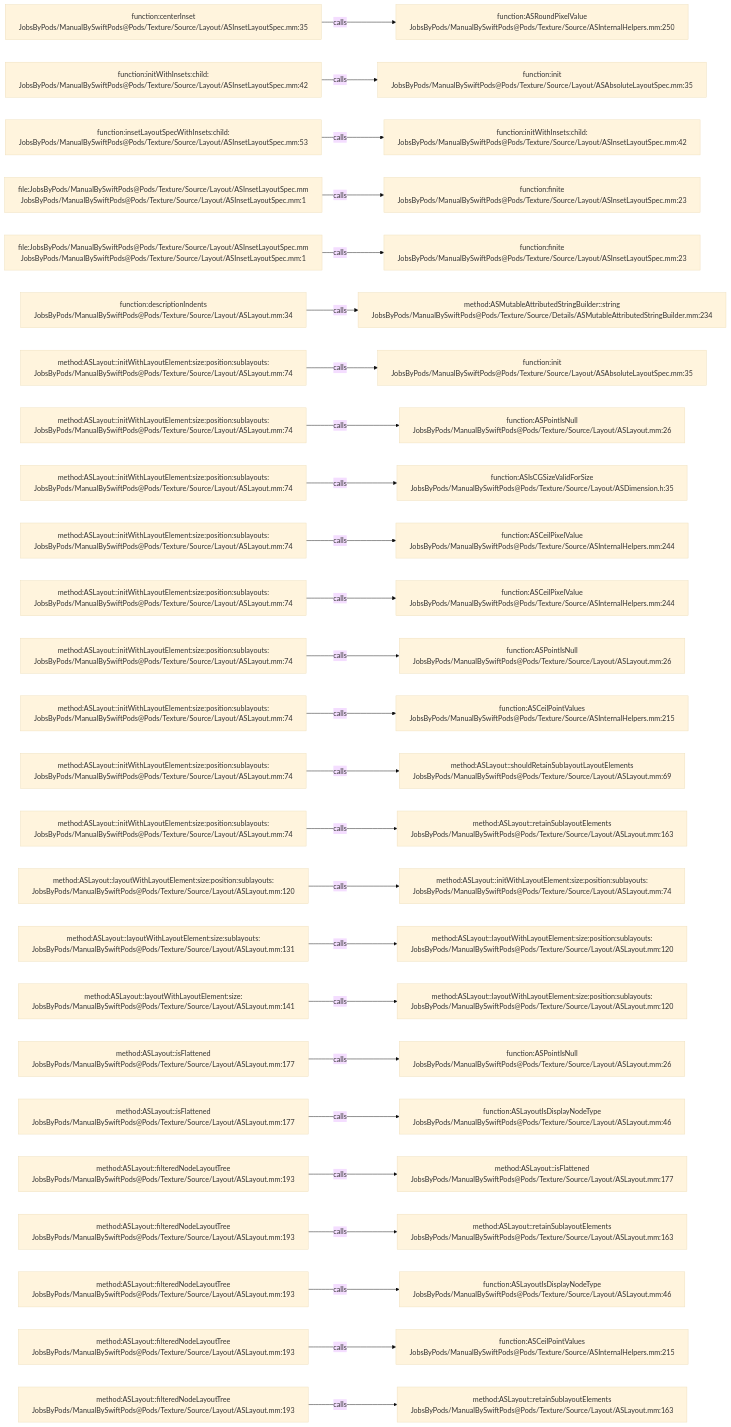
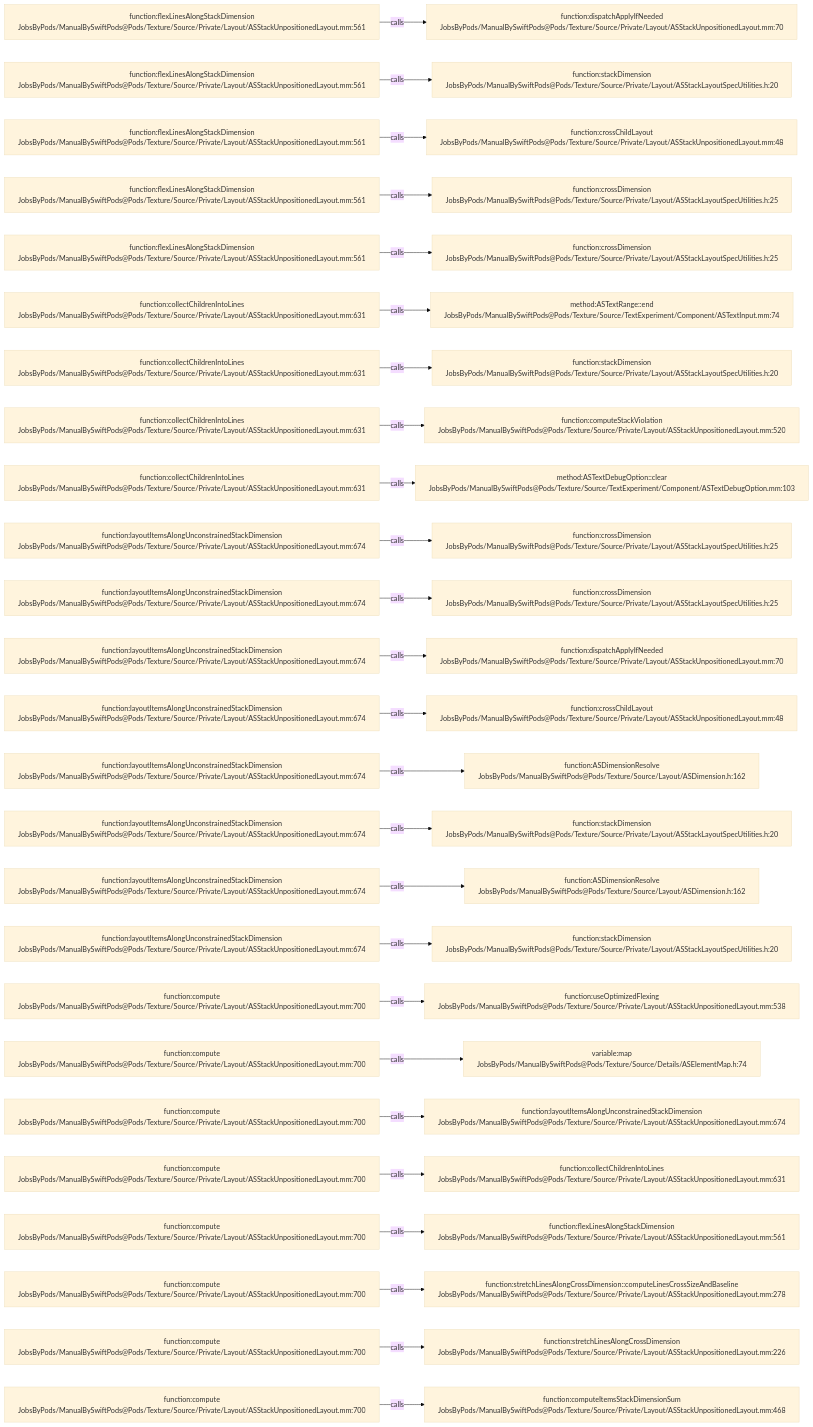
Before and after one commit to JobsKits/JobsSwiftBaseConfigDemo: the diagram in .codegraph/codegraph.md/graphs/calls-127.md, drawn with Mermaid (base theme). The commit also changed 832 other files, not shown here.

````diff
--- a/.codegraph/codegraph.md/graphs/calls-127.md
+++ b/.codegraph/codegraph.md/graphs/calls-127.md
@@ -13,78 +13,78 @@
 ```mermaid
 flowchart LR
-  S1["function:centerInset<br/>JobsByPods/ManualBySwiftPods@Pods/Texture/Source/Layout/ASInsetLayoutSpec.mm:35"]
-  T1["function:ASRoundPixelValue<br/>JobsByPods/ManualBySwiftPods@Pods/Texture/Source/ASInternalHelpers.mm:250"]
+  S1["function:flexLinesAlongStackDimension<br/>JobsByPods/ManualBySwiftPods@Pods/Texture/Source/Private/Layout/ASStackUnpositionedLayout.mm:561"]
+  T1["function:dispatchApplyIfNeeded<br/>JobsByPods/ManualBySwiftPods@Pods/Texture/Source/Private/Layout/ASStackUnpositionedLayout.mm:70"]
   S1 -->|calls| T1
-  S2["function:initWithInsets:child:<br/>JobsByPods/ManualBySwiftPods@Pods/Texture/Source/Layout/ASInsetLayoutSpec.mm:42"]
-  T2["function:init<br/>JobsByPods/ManualBySwiftPods@Pods/Texture/Source/Layout/ASAbsoluteLayoutSpec.mm:35"]
+  S2["function:flexLinesAlongStackDimension<br/>JobsByPods/ManualBySwiftPods@Pods/Texture/Source/Private/Layout/ASStackUnpositionedLayout.mm:561"]
+  T2["function:stackDimension<br/>JobsByPods/ManualBySwiftPods@Pods/Texture/Source/Private/Layout/ASStackLayoutSpecUtilities.h:20"]
   S2 -->|calls| T2
-  S3["function:insetLayoutSpecWithInsets:child:<br/>JobsByPods/ManualBySwiftPods@Pods/Texture/Source/Layout/ASInsetLayoutSpec.mm:53"]
-  T3["function:initWithInsets:child:<br/>JobsByPods/ManualBySwiftPods@Pods/Texture/Source/Layout/ASInsetLayoutSpec.mm:42"]
+  S3["function:flexLinesAlongStackDimension<br/>JobsByPods/ManualBySwiftPods@Pods/Texture/Source/Private/Layout/ASStackUnpositionedLayout.mm:561"]
+  T3["function:crossChildLayout<br/>JobsByPods/ManualBySwiftPods@Pods/Texture/Source/Private/Layout/ASStackUnpositionedLayout.mm:48"]
   S3 -->|calls| T3
-  S4["file:JobsByPods/ManualBySwiftPods@Pods/Texture/Source/Layout/ASInsetLayoutSpec.mm<br/>JobsByPods/ManualBySwiftPods@Pods/Texture/Source/Layout/ASInsetLayoutSpec.mm:1"]
-  T4["function:finite<br/>JobsByPods/ManualBySwiftPods@Pods/Texture/Source/Layout/ASInsetLayoutSpec.mm:23"]
+  S4["function:flexLinesAlongStackDimension<br/>JobsByPods/ManualBySwiftPods@Pods/Texture/Source/Private/Layout/ASStackUnpositionedLayout.mm:561"]
+  T4["function:crossDimension<br/>JobsByPods/ManualBySwiftPods@Pods/Texture/Source/Private/Layout/ASStackLayoutSpecUtilities.h:25"]
   S4 -->|calls| T4
-  S5["file:JobsByPods/ManualBySwiftPods@Pods/Texture/Source/Layout/ASInsetLayoutSpec.mm<br/>JobsByPods/ManualBySwiftPods@Pods/Texture/Source/Layout/ASInsetLayoutSpec.mm:1"]
-  T5["function:finite<br/>JobsByPods/ManualBySwiftPods@Pods/Texture/Source/Layout/ASInsetLayoutSpec.mm:23"]
+  S5["function:flexLinesAlongStackDimension<br/>JobsByPods/ManualBySwiftPods@Pods/Texture/Source/Private/Layout/ASStackUnpositionedLayout.mm:561"]
+  T5["function:crossDimension<br/>JobsByPods/ManualBySwiftPods@Pods/Texture/Source/Private/Layout/ASStackLayoutSpecUtilities.h:25"]
   S5 -->|calls| T5
-  S6["function:descriptionIndents<br/>JobsByPods/ManualBySwiftPods@Pods/Texture/Source/Layout/ASLayout.mm:34"]
-  T6["method:ASMutableAttributedStringBuilder::string<br/>JobsByPods/ManualBySwiftPods@Pods/Texture/Source/Details/ASMutableAttributedStringBuilder.mm:234"]
+  S6["function:collectChildrenIntoLines<br/>JobsByPods/ManualBySwiftPods@Pods/Texture/Source/Private/Layout/ASStackUnpositionedLayout.mm:631"]
+  T6["method:ASTextRange::end<br/>JobsByPods/ManualBySwiftPods@Pods/Texture/Source/TextExperiment/Component/ASTextInput.mm:74"]
   S6 -->|calls| T6
-  S7["method:ASLayout::initWithLayoutElement:size:position:sublayouts:<br/>JobsByPods/ManualBySwiftPods@Pods/Texture/Source/Layout/ASLayout.mm:74"]
-  T7["function:init<br/>JobsByPods/ManualBySwiftPods@Pods/Texture/Source/Layout/ASAbsoluteLayoutSpec.mm:35"]
+  S7["function:collectChildrenIntoLines<br/>JobsByPods/ManualBySwiftPods@Pods/Texture/Source/Private/Layout/ASStackUnpositionedLayout.mm:631"]
+  T7["function:stackDimension<br/>JobsByPods/ManualBySwiftPods@Pods/Texture/Source/Private/Layout/ASStackLayoutSpecUtilities.h:20"]
   S7 -->|calls| T7
-  S8["method:ASLayout::initWithLayoutElement:size:position:sublayouts:<br/>JobsByPods/ManualBySwiftPods@Pods/Texture/Source/Layout/ASLayout.mm:74"]
-  T8["function:ASPointIsNull<br/>JobsByPods/ManualBySwiftPods@Pods/Texture/Source/Layout/ASLayout.mm:26"]
+  S8["function:collectChildrenIntoLines<br/>JobsByPods/ManualBySwiftPods@Pods/Texture/Source/Private/Layout/ASStackUnpositionedLayout.mm:631"]
+  T8["function:computeStackViolation<br/>JobsByPods/ManualBySwiftPods@Pods/Texture/Source/Private/Layout/ASStackUnpositionedLayout.mm:520"]
   S8 -->|calls| T8
-  S9["method:ASLayout::initWithLayoutElement:size:position:sublayouts:<br/>JobsByPods/ManualBySwiftPods@Pods/Texture/Source/Layout/ASLayout.mm:74"]
-  T9["function:ASIsCGSizeValidForSize<br/>JobsByPods/ManualBySwiftPods@Pods/Texture/Source/Layout/ASDimension.h:35"]
+  S9["function:collectChildrenIntoLines<br/>JobsByPods/ManualBySwiftPods@Pods/Texture/Source/Private/Layout/ASStackUnpositionedLayout.mm:631"]
+  T9["method:ASTextDebugOption::clear<br/>JobsByPods/ManualBySwiftPods@Pods/Texture/Source/TextExperiment/Component/ASTextDebugOption.mm:103"]
   S9 -->|calls| T9
-  S10["method:ASLayout::initWithLayoutElement:size:position:sublayouts:<br/>JobsByPods/ManualBySwiftPods@Pods/Texture/Source/Layout/ASLayout.mm:74"]
-  T10["function:ASCeilPixelValue<br/>JobsByPods/ManualBySwiftPods@Pods/Texture/Source/ASInternalHelpers.mm:244"]
+  S10["function:layoutItemsAlongUnconstrainedStackDimension<br/>JobsByPods/ManualBySwiftPods@Pods/Texture/Source/Private/Layout/ASStackUnpositionedLayout.mm:674"]
+  T10["function:crossDimension<br/>JobsByPods/ManualBySwiftPods@Pods/Texture/Source/Private/Layout/ASStackLayoutSpecUtilities.h:25"]
   S10 -->|calls| T10
-  S11["method:ASLayout::initWithLayoutElement:size:position:sublayouts:<br/>JobsByPods/ManualBySwiftPods@Pods/Texture/Source/Layout/ASLayout.mm:74"]
-  T11["function:ASCeilPixelValue<br/>JobsByPods/ManualBySwiftPods@Pods/Texture/Source/ASInternalHelpers.mm:244"]
+  S11["function:layoutItemsAlongUnconstrainedStackDimension<br/>JobsByPods/ManualBySwiftPods@Pods/Texture/Source/Private/Layout/ASStackUnpositionedLayout.mm:674"]
+  T11["function:crossDimension<br/>JobsByPods/ManualBySwiftPods@Pods/Texture/Source/Private/Layout/ASStackLayoutSpecUtilities.h:25"]
   S11 -->|calls| T11
-  S12["method:ASLayout::initWithLayoutElement:size:position:sublayouts:<br/>JobsByPods/ManualBySwiftPods@Pods/Texture/Source/Layout/ASLayout.mm:74"]
-  T12["function:ASPointIsNull<br/>JobsByPods/ManualBySwiftPods@Pods/Texture/Source/Layout/ASLayout.mm:26"]
+  S12["function:layoutItemsAlongUnconstrainedStackDimension<br/>JobsByPods/ManualBySwiftPods@Pods/Texture/Source/Private/Layout/ASStackUnpositionedLayout.mm:674"]
+  T12["function:dispatchApplyIfNeeded<br/>JobsByPods/ManualBySwiftPods@Pods/Texture/Source/Private/Layout/ASStackUnpositionedLayout.mm:70"]
   S12 -->|calls| T12
-  S13["method:ASLayout::initWithLayoutElement:size:position:sublayouts:<br/>JobsByPods/ManualBySwiftPods@Pods/Texture/Source/Layout/ASLayout.mm:74"]
-  T13["function:ASCeilPointValues<br/>JobsByPods/ManualBySwiftPods@Pods/Texture/Source/ASInternalHelpers.mm:215"]
+  S13["function:layoutItemsAlongUnconstrainedStackDimension<br/>JobsByPods/ManualBySwiftPods@Pods/Texture/Source/Private/Layout/ASStackUnpositionedLayout.mm:674"]
+  T13["function:crossChildLayout<br/>JobsByPods/ManualBySwiftPods@Pods/Texture/Source/Private/Layout/ASStackUnpositionedLayout.mm:48"]
   S13 -->|calls| T13
-  S14["method:ASLayout::initWithLayoutElement:size:position:sublayouts:<br/>JobsByPods/ManualBySwiftPods@Pods/Texture/Source/Layout/ASLayout.mm:74"]
-  T14["method:ASLayout::shouldRetainSublayoutLayoutElements<br/>JobsByPods/ManualBySwiftPods@Pods/Texture/Source/Layout/ASLayout.mm:69"]
+  S14["function:layoutItemsAlongUnconstrainedStackDimension<br/>JobsByPods/ManualBySwiftPods@Pods/Texture/Source/Private/Layout/ASStackUnpositionedLayout.mm:674"]
+  T14["function:ASDimensionResolve<br/>JobsByPods/ManualBySwiftPods@Pods/Texture/Source/Layout/ASDimension.h:162"]
   S14 -->|calls| T14
-  S15["method:ASLayout::initWithLayoutElement:size:position:sublayouts:<br/>JobsByPods/ManualBySwiftPods@Pods/Texture/Source/Layout/ASLayout.mm:74"]
-  T15["method:ASLayout::retainSublayoutElements<br/>JobsByPods/ManualBySwiftPods@Pods/Texture/Source/Layout/ASLayout.mm:163"]
+  S15["function:layoutItemsAlongUnconstrainedStackDimension<br/>JobsByPods/ManualBySwiftPods@Pods/Texture/Source/Private/Layout/ASStackUnpositionedLayout.mm:674"]
+  T15["function:stackDimension<br/>JobsByPods/ManualBySwiftPods@Pods/Texture/Source/Private/Layout/ASStackLayoutSpecUtilities.h:20"]
   S15 -->|calls| T15
-  S16["method:ASLayout::layoutWithLayoutElement:size:position:sublayouts:<br/>JobsByPods/ManualBySwiftPods@Pods/Texture/Source/Layout/ASLayout.mm:120"]
-  T16["method:ASLayout::initWithLayoutElement:size:position:sublayouts:<br/>JobsByPods/ManualBySwiftPods@Pods/Texture/Source/Layout/ASLayout.mm:74"]
+  S16["function:layoutItemsAlongUnconstrainedStackDimension<br/>JobsByPods/ManualBySwiftPods@Pods/Texture/Source/Private/Layout/ASStackUnpositionedLayout.mm:674"]
+  T16["function:ASDimensionResolve<br/>JobsByPods/ManualBySwiftPods@Pods/Texture/Source/Layout/ASDimension.h:162"]
   S16 -->|calls| T16
-  S17["method:ASLayout::layoutWithLayoutElement:size:sublayouts:<br/>JobsByPods/ManualBySwiftPods@Pods/Texture/Source/Layout/ASLayout.mm:131"]
-  T17["method:ASLayout::layoutWithLayoutElement:size:position:sublayouts:<br/>JobsByPods/ManualBySwiftPods@Pods/Texture/Source/Layout/ASLayout.mm:120"]
+  S17["function:layoutItemsAlongUnconstrainedStackDimension<br/>JobsByPods/ManualBySwiftPods@Pods/Texture/Source/Private/Layout/ASStackUnpositionedLayout.mm:674"]
+  T17["function:stackDimension<br/>JobsByPods/ManualBySwiftPods@Pods/Texture/Source/Private/Layout/ASStackLayoutSpecUtilities.h:20"]
   S17 -->|calls| T17
-  S18["method:ASLayout::layoutWithLayoutElement:size:<br/>JobsByPods/ManualBySwiftPods@Pods/Texture/Source/Layout/ASLayout.mm:141"]
-  T18["method:ASLayout::layoutWithLayoutElement:size:position:sublayouts:<br/>JobsByPods/ManualBySwiftPods@Pods/Texture/Source/Layout/ASLayout.mm:120"]
+  S18["function:compute<br/>JobsByPods/ManualBySwiftPods@Pods/Texture/Source/Private/Layout/ASStackUnpositionedLayout.mm:700"]
+  T18["function:useOptimizedFlexing<br/>JobsByPods/ManualBySwiftPods@Pods/Texture/Source/Private/Layout/ASStackUnpositionedLayout.mm:538"]
   S18 -->|calls| T18
-  S19["method:ASLayout::isFlattened<br/>JobsByPods/ManualBySwiftPods@Pods/Texture/Source/Layout/ASLayout.mm:177"]
-  T19["function:ASPointIsNull<br/>JobsByPods/ManualBySwiftPods@Pods/Texture/Source/Layout/ASLayout.mm:26"]
+  S19["function:compute<br/>JobsByPods/ManualBySwiftPods@Pods/Texture/Source/Private/Layout/ASStackUnpositionedLayout.mm:700"]
+  T19["variable:map<br/>JobsByPods/ManualBySwiftPods@Pods/Texture/Source/Details/ASElementMap.h:74"]
   S19 -->|calls| T19
-  S20["method:ASLayout::isFlattened<br/>JobsByPods/ManualBySwiftPods@Pods/Texture/Source/Layout/ASLayout.mm:177"]
-  T20["function:ASLayoutIsDisplayNodeType<br/>JobsByPods/ManualBySwiftPods@Pods/Texture/Source/Layout/ASLayout.mm:46"]
+  S20["function:compute<br/>JobsByPods/ManualBySwiftPods@Pods/Texture/Source/Private/Layout/ASStackUnpositionedLayout.mm:700"]
+  T20["function:layoutItemsAlongUnconstrainedStackDimension<br/>JobsByPods/ManualBySwiftPods@Pods/Texture/Source/Private/Layout/ASStackUnpositionedLayout.mm:674"]
   S20 -->|calls| T20
-  S21["method:ASLayout::filteredNodeLayoutTree<br/>JobsByPods/ManualBySwiftPods@Pods/Texture/Source/Layout/ASLayout.mm:193"]
-  T21["method:ASLayout::isFlattened<br/>JobsByPods/ManualBySwiftPods@Pods/Texture/Source/Layout/ASLayout.mm:177"]
+  S21["function:compute<br/>JobsByPods/ManualBySwiftPods@Pods/Texture/Source/Private/Layout/ASStackUnpositionedLayout.mm:700"]
+  T21["function:collectChildrenIntoLines<br/>JobsByPods/ManualBySwiftPods@Pods/Texture/Source/Private/Layout/ASStackUnpositionedLayout.mm:631"]
   S21 -->|calls| T21
-  S22["method:ASLayout::filteredNodeLayoutTree<br/>JobsByPods/ManualBySwiftPods@Pods/Texture/Source/Layout/ASLayout.mm:193"]
-  T22["method:ASLayout::retainSublayoutElements<br/>JobsByPods/ManualBySwiftPods@Pods/Texture/Source/Layout/ASLayout.mm:163"]
+  S22["function:compute<br/>JobsByPods/ManualBySwiftPods@Pods/Texture/Source/Private/Layout/ASStackUnpositionedLayout.mm:700"]
+  T22["function:flexLinesAlongStackDimension<br/>JobsByPods/ManualBySwiftPods@Pods/Texture/Source/Private/Layout/ASStackUnpositionedLayout.mm:561"]
   S22 -->|calls| T22
-  S23["method:ASLayout::filteredNodeLayoutTree<br/>JobsByPods/ManualBySwiftPods@Pods/Texture/Source/Layout/ASLayout.mm:193"]
-  T23["function:ASLayoutIsDisplayNodeType<br/>JobsByPods/ManualBySwiftPods@Pods/Texture/Source/Layout/ASLayout.mm:46"]
+  S23["function:compute<br/>JobsByPods/ManualBySwiftPods@Pods/Texture/Source/Private/Layout/ASStackUnpositionedLayout.mm:700"]
+  T23["function:stretchLinesAlongCrossDimension::computeLinesCrossSizeAndBaseline<br/>JobsByPods/ManualBySwiftPods@Pods/Texture/Source/Private/Layout/ASStackUnpositionedLayout.mm:278"]
   S23 -->|calls| T23
-  S24["method:ASLayout::filteredNodeLayoutTree<br/>JobsByPods/ManualBySwiftPods@Pods/Texture/Source/Layout/ASLayout.mm:193"]
-  T24["function:ASCeilPointValues<br/>JobsByPods/ManualBySwiftPods@Pods/Texture/Source/ASInternalHelpers.mm:215"]
+  S24["function:compute<br/>JobsByPods/ManualBySwiftPods@Pods/Texture/Source/Private/Layout/ASStackUnpositionedLayout.mm:700"]
+  T24["function:stretchLinesAlongCrossDimension<br/>JobsByPods/ManualBySwiftPods@Pods/Texture/Source/Private/Layout/ASStackUnpositionedLayout.mm:226"]
   S24 -->|calls| T24
-  S25["method:ASLayout::filteredNodeLayoutTree<br/>JobsByPods/ManualBySwiftPods@Pods/Texture/Source/Layout/ASLayout.mm:193"]
-  T25["method:ASLayout::retainSublayoutElements<br/>JobsByPods/ManualBySwiftPods@Pods/Texture/Source/Layout/ASLayout.mm:163"]
+  S25["function:compute<br/>JobsByPods/ManualBySwiftPods@Pods/Texture/Source/Private/Layout/ASStackUnpositionedLayout.mm:700"]
+  T25["function:computeItemsStackDimensionSum<br/>JobsByPods/ManualBySwiftPods@Pods/Texture/Source/Private/Layout/ASStackUnpositionedLayout.mm:468"]
   S25 -->|calls| T25
 ```
````
